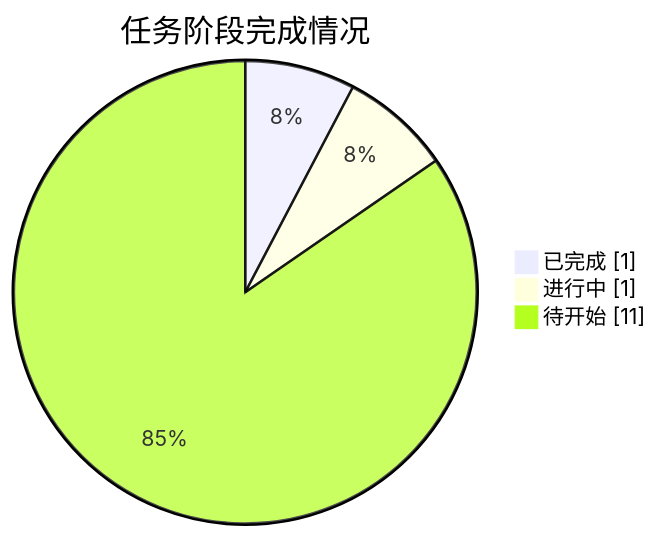
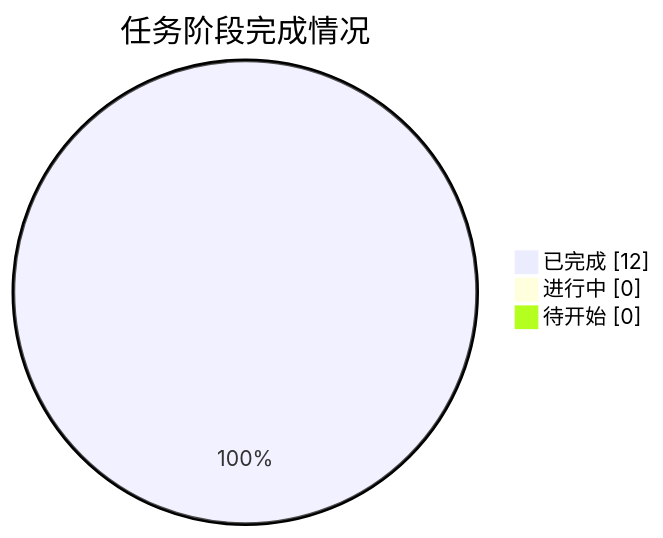
The diagram in README.md (J-met77/AAW-mathorcup-2025-B), drawn with Mermaid before and after one commit. The commit also changed other lines of this file and 61 other files, not shown here.

````diff
--- a/README.md
+++ b/README.md
@@ -27,7 +27,7 @@
 ```mermaid
 pie showData
     title 任务阶段完成情况
-    "已完成" : 1
-    "进行中" : 1
-    "待开始" : 11
+    "已完成" : 12
+    "进行中" : 0
+    "待开始" : 0
 ```
````
